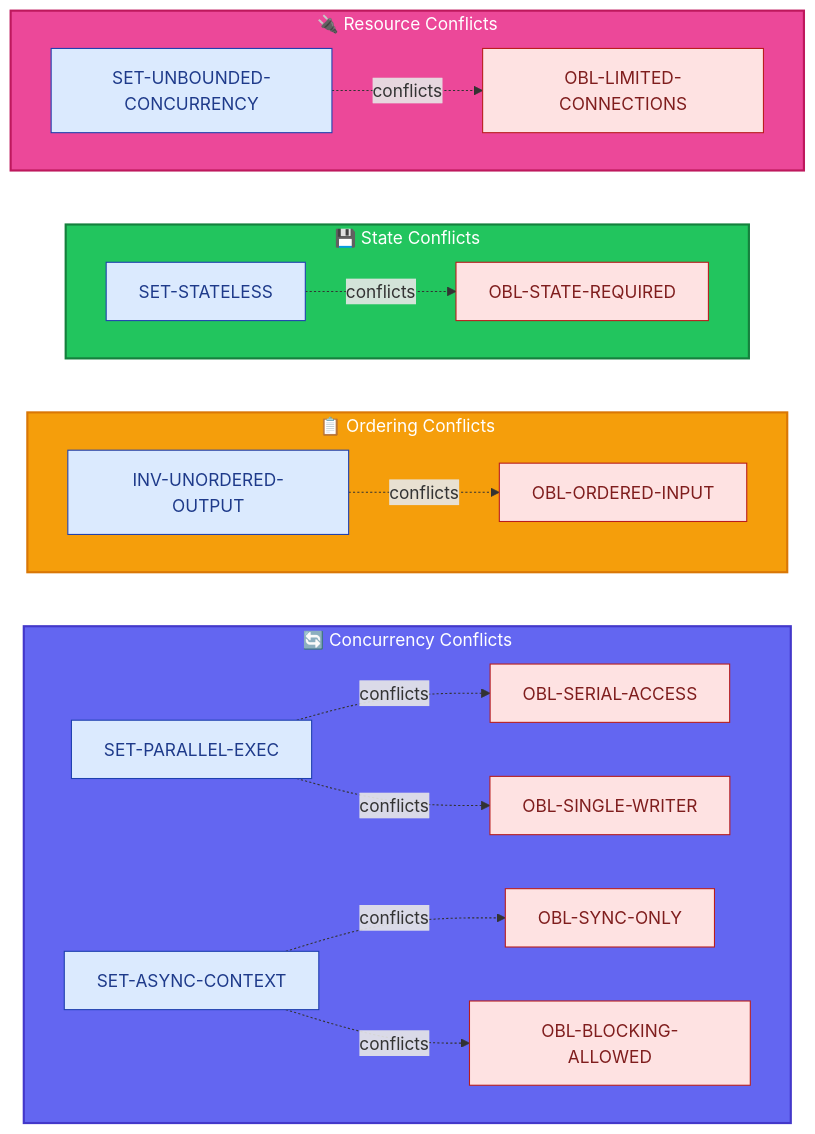
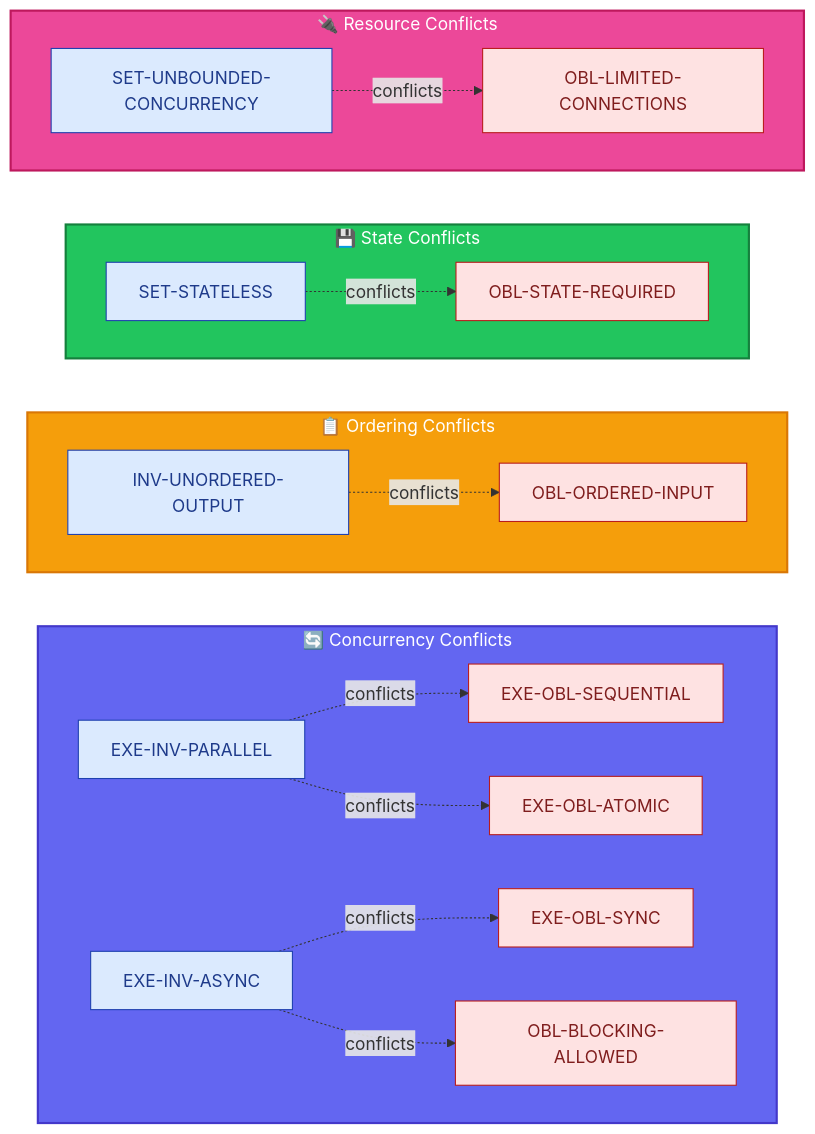
One commit to nestharus/ai-workflow changed the seventh of 10 diagrams in .tasks/plans/algorithm bug finder/feedback.md. Above: the diagram before and after it, drawn with Mermaid. The commit also changed other lines of this file and 14 other files, not shown here.

````diff
--- a/.tasks/plans/algorithm bug finder/feedback.md
+++ b/.tasks/plans/algorithm bug finder/feedback.md
@@ -253,33 +268,33 @@
 ```mermaid
 flowchart LR
     subgraph Concurrency["🔄 Concurrency Conflicts"]
         direction LR
-        PAR["SET-PARALLEL-EXEC"]:::context -.->|conflicts| SER["OBL-SERIAL-ACCESS"]:::constraint
-        PAR -.->|conflicts| SW["OBL-SINGLE-WRITER"]:::constraint
-        ASYNC["SET-ASYNC-CONTEXT"]:::context -.->|conflicts| SYNC["OBL-SYNC-ONLY"]:::constraint
-        ASYNC -.->|conflicts| BLOCK["OBL-BLOCKING-ALLOWED"]:::constraint
+        PAR["EXE-INV-PARALLEL"]:::exeinv -.->|conflicts| SER["EXE-OBL-SEQUENTIAL"]:::exeobl
+        PAR -.->|conflicts| SW["EXE-OBL-ATOMIC"]:::exeobl
+        ASYNC["EXE-INV-ASYNC"]:::exeinv -.->|conflicts| SYNC["EXE-OBL-SYNC"]:::exeobl
+        ASYNC -.->|conflicts| BLOCK["OBL-BLOCKING-ALLOWED"]:::exeobl
     end
 
     subgraph Ordering["📋 Ordering Conflicts"]
         direction LR
-        UNORD["INV-UNORDERED-OUTPUT"]:::context -.->|conflicts| ORD["OBL-ORDERED-INPUT"]:::constraint
+        UNORD["INV-UNORDERED-OUTPUT"]:::exeinv -.->|conflicts| ORD["OBL-ORDERED-INPUT"]:::exeobl
     end
 
     subgraph State["💾 State Conflicts"]
         direction LR
-        STATELESS["SET-STATELESS"]:::context -.->|conflicts| STATEREQ["OBL-STATE-REQUIRED"]:::constraint
+        STATELESS["SET-STATELESS"]:::exeinv -.->|conflicts| STATEREQ["OBL-STATE-REQUIRED"]:::exeobl
     end
 
     subgraph Resource["🔌 Resource Conflicts"]
         direction LR
-        UNBOUNDED["SET-UNBOUNDED-CONCURRENCY"]:::context -.->|conflicts| LIMITED["OBL-LIMITED-CONNECTIONS"]:::constraint
+        UNBOUNDED["SET-UNBOUNDED-CONCURRENCY"]:::exeinv -.->|conflicts| LIMITED["OBL-LIMITED-CONNECTIONS"]:::exeobl
     end
 
-    classDef context fill:#dbeafe,stroke:#1e40af,color:#1e3a8a
-    classDef constraint fill:#fee2e2,stroke:#b91c1c,color:#7f1d1d
+    classDef exeinv fill:#dbeafe,stroke:#1e40af,color:#1e3a8a
+    classDef exeobl fill:#fee2e2,stroke:#b91c1c,color:#7f1d1d
 
     style Concurrency fill:#6366f1,stroke:#4338ca,stroke-width:2px,color:#ffffff
     style Ordering fill:#f59e0b,stroke:#d97706,stroke-width:2px,color:#ffffff
     style State fill:#22c55e,stroke:#15803d,stroke-width:2px,color:#ffffff
     style Resource fill:#ec4899,stroke:#be185d,stroke-width:2px,color:#ffffff
 ```
````
